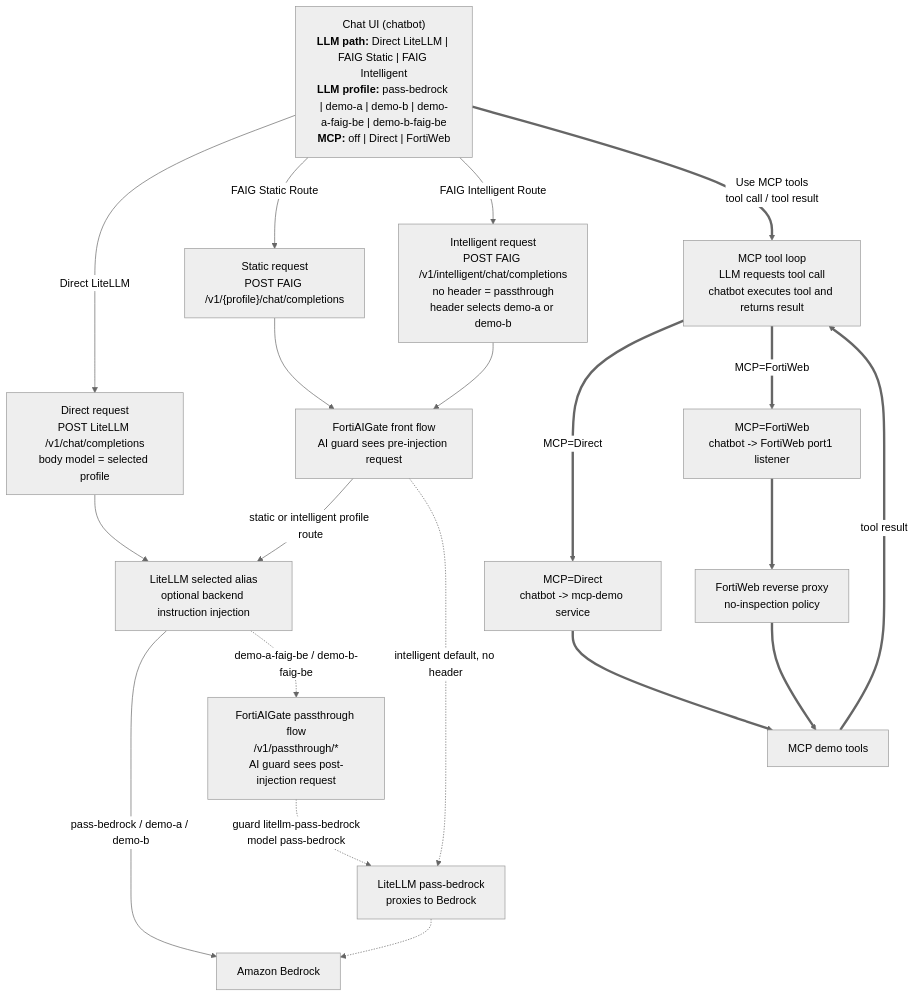
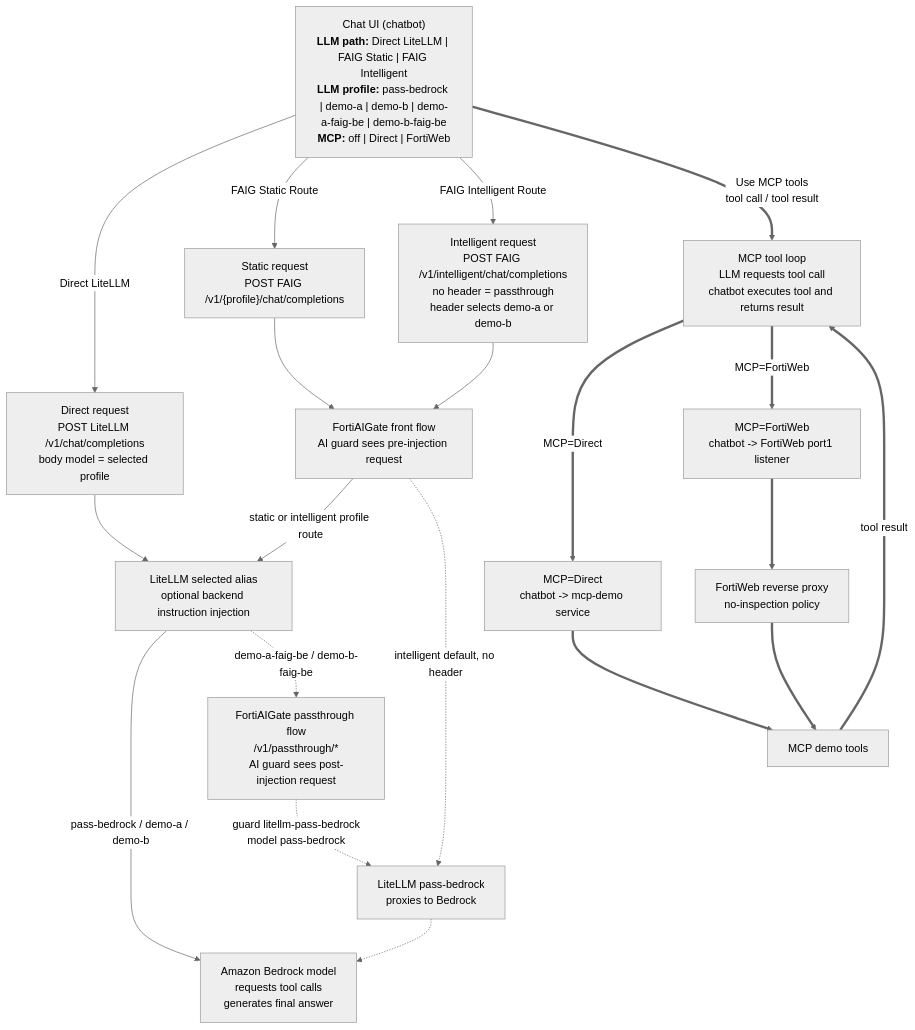
One commit to mabutterfield/fortiaigate_demo changed the diagram in docs/FortiAIGate-initial-config.MD. Above: the diagram before and after it, drawn with Mermaid (neutral theme). The commit also changed 1 other file, not shown here.

Commit message:
made flows look more like network flows

````diff
--- a/docs/FortiAIGate-initial-config.MD
+++ b/docs/FortiAIGate-initial-config.MD
@@ -22,41 +22,41 @@
 ```mermaid
 flowchart TD
     UI["Chat UI (chatbot)<br/><b>LLM path:</b> Direct LiteLLM | FAIG Static | FAIG Intelligent<br/><b>LLM profile:</b> pass-bedrock | demo-a | demo-b | demo-a-faig-be | demo-b-faig-be<br/><b>MCP:</b> off | Direct | FortiWeb"]
 
     RD["Direct request<br/>POST LiteLLM /v1/chat/completions<br/>body model = selected profile"]
     RS["Static request<br/>POST FAIG /v1/{profile}/chat/completions"]
     RI["Intelligent request<br/>POST FAIG /v1/intelligent/chat/completions<br/>no header = passthrough<br/>header selects demo-a or demo-b"]
     MT["MCP tool loop<br/>LLM requests tool call<br/>chatbot executes tool and returns result"]
     MD["MCP=Direct<br/>chatbot -> mcp-demo service"]
     MFW["MCP=FortiWeb<br/>chatbot -> FortiWeb port1 listener"]
     FWB["FortiWeb reverse proxy<br/>no-inspection policy"]
     MCP["MCP demo tools"]
 
     FAIG["FortiAIGate front flow<br/>AI guard sees pre-injection request"]
     LL["LiteLLM selected alias<br/>optional backend instruction injection"]
     FB["FortiAIGate passthrough flow<br/>/v1/passthrough/*<br/>AI guard sees post-injection request"]
     LP["LiteLLM pass-bedrock<br/>proxies to Bedrock"]
-    BR["Amazon Bedrock"]
+    BR["Amazon Bedrock model<br/>requests tool calls<br/>generates final answer"]
 
     UI -->|"Direct LiteLLM"| RD
     UI -->|"FAIG Static Route"| RS
     UI -->|"FAIG Intelligent Route"| RI
     UI ==>|"Use MCP tools<br/>tool call / tool result"| MT
 
     RD --> LL
     RS --> FAIG
     RI --> FAIG
     FAIG -->|"static or intelligent profile route"| LL
     FAIG -.->|"intelligent default, no header"| LP
 
     LL -->|"pass-bedrock / demo-a / demo-b"| BR
     LL -.->|"demo-a-faig-be / demo-b-faig-be"| FB
     FB -.->|"guard litellm-pass-bedrock<br/>model pass-bedrock"| LP
     LP -.-> BR
     MT ==>|"MCP=Direct"| MD
     MT ==>|"MCP=FortiWeb"| MFW
     MD ==> MCP
     MFW ==> FWB
     FWB ==> MCP
     MCP ==>|"tool result"| MT
 ```
````
